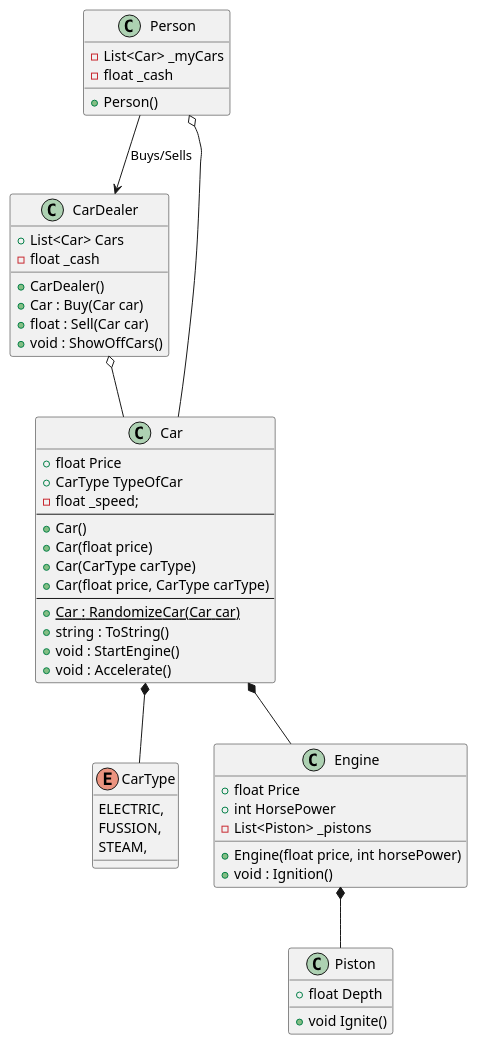
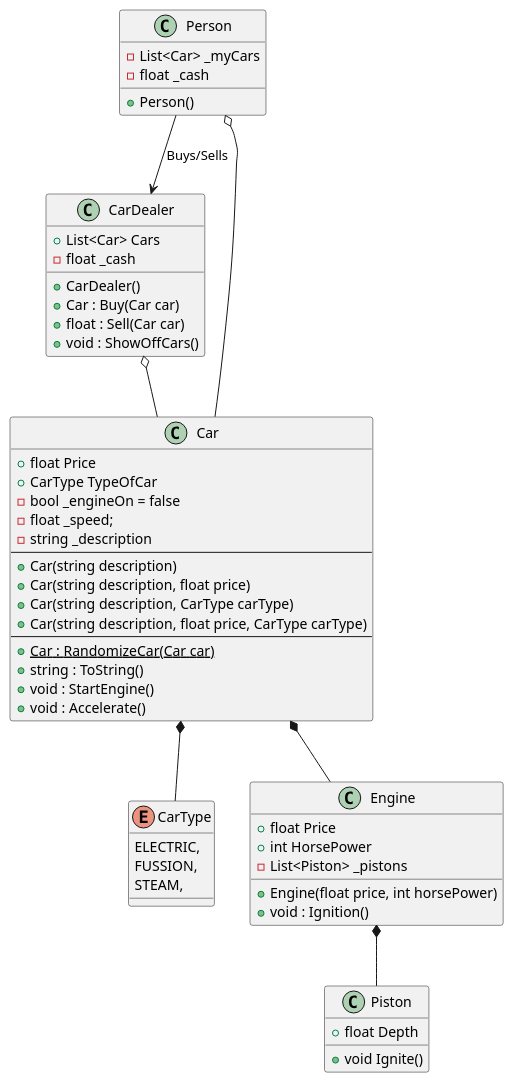
One commit to mjesper90/CSharp changed the diagram in 7_Assignment/design.puml. Above: the diagram before and after it, drawn with PlantUML.

Commit message:
better design

```diff
--- a/7_Assignment/design.puml
+++ b/7_Assignment/design.puml
@@ -1,60 +1,62 @@
 @startuml
 
 class CarDealer{
     +List<Car> Cars
     -float _cash
     +CarDealer()
     +Car : Buy(Car car)
     +float : Sell(Car car)
     +void : ShowOffCars()
 }
 
 class Car{
     +float Price
     +CarType TypeOfCar
+    -bool _engineOn = false
     -float _speed;
+    -string _description 
     --
-    +Car()
-    +Car(float price)
-    +Car(CarType carType)
-    +Car(float price, CarType carType)
+    +Car(string description)
+    +Car(string description, float price)
+    +Car(string description, CarType carType)
+    +Car(string description, float price, CarType carType)
     --
     +{static} Car : RandomizeCar(Car car)
     +string : ToString()
     +void : StartEngine()
     +void : Accelerate()
 }
 
 enum CarType{
     ELECTRIC,
     FUSSION,
     STEAM,
 }
 
 class Person{
     -List<Car> _myCars
     -float _cash
     +Person()
 }
 
 class Engine{
     +float Price
     +int HorsePower
     -List<Piston> _pistons
     +Engine(float price, int horsePower)
     +void : Ignition()
 }
 
 class Piston{
     +float Depth
     +void Ignite()
 }
 
 Person --> CarDealer : "Buys/Sells"
 CarDealer o-- Car
 Person o-- Car
 Car *-- CarType
 Car *-- Engine
 Engine *-- Piston
 
 @enduml
```
